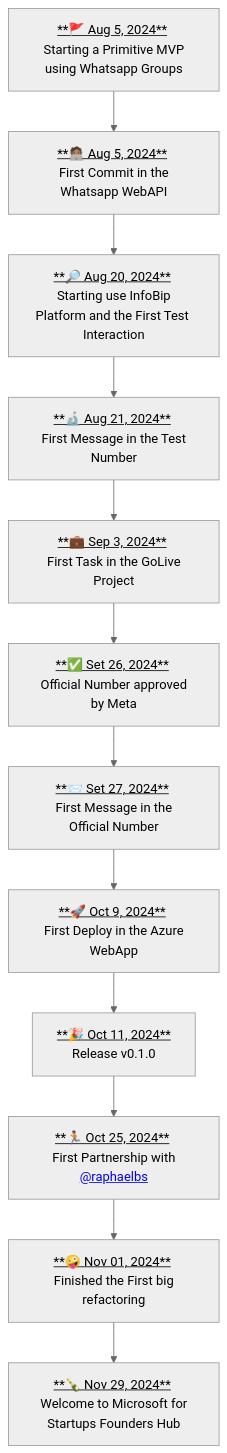
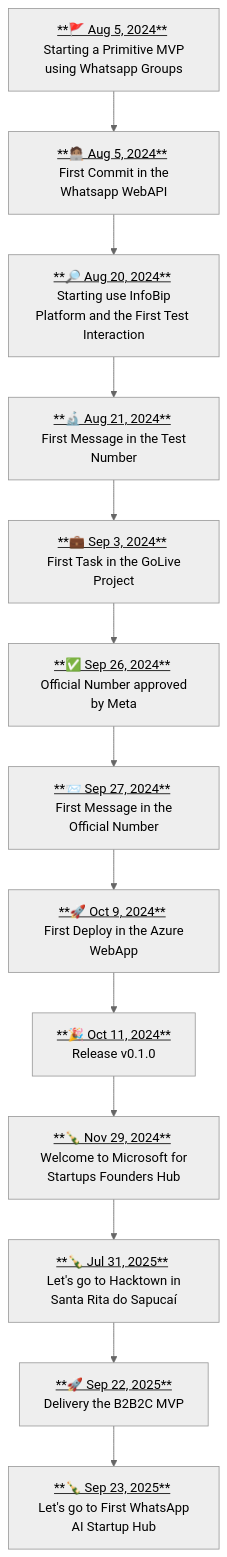
One commit to easy-financial/.github changed the diagram in profile/README.md. Above: the diagram before and after it, drawn with Mermaid (neutral theme). The commit also changed other lines of this file, not shown here.

````diff
--- a/profile/README.md
+++ b/profile/README.md
@@ -76,14 +77,15 @@
 ```mermaid
 graph TD
     A[<u>**🚩 Aug 5, 2024**</u> <br> Starting a Primitive MVP using Whatsapp Groups] --> B[<u>**🧑🏽‍💻 Aug 5, 2024**</u> <br> First Commit in the Whatsapp WebAPI]
     B --> C[<u>**🔎 Aug 20, 2024**</u> <br> Starting use InfoBip Platform and the First Test Interaction]
     C --> D[<u>**🔬 Aug 21, 2024**</u> <br> First Message in the Test Number]
     D --> E[<u>**💼 Sep 3, 2024**</u> <br> First Task in the GoLive Project]
-    E --> F[<u>**✅ Set 26, 2024**</u> <br> Official Number approved by Meta]
-    F --> G[<u>**📨 Set 27, 2024**</u> <br> First Message in the Official Number]
+    E --> F[<u>**✅ Sep 26, 2024**</u> <br> Official Number approved by Meta]
+    F --> G[<u>**📨 Sep 27, 2024**</u> <br> First Message in the Official Number]
     G --> H[<u>**🚀 Oct 9, 2024**</u> <br> First Deploy in the Azure WebApp]
     H --> I[<u>**🎉 Oct 11, 2024**</u> <br> Release v0.1.0]
-    I --> J[<u>**🏃🏽 Oct 25, 2024**</u> <br> First Partnership with <a href="https://github.com/raphaelbs">@raphaelbs</a> ]
-    J --> K[<u>**🤪 Nov 01, 2024**</u> <br> Finished the First big refactoring ]
-    K --> L[<u>**🍾 Nov 29, 2024**</u> <br> Welcome to Microsoft for Startups Founders Hub]
+    I --> J[<u>**🍾 Nov 29, 2024**</u> <br> Welcome to Microsoft for Startups Founders Hub]
+    J --> K[<u>**🍾 Jul 31, 2025**</u> <br> Let's go to Hacktown in Santa Rita do Sapucaí]
+    K --> L[<u>**🚀 Sep 22, 2025**</u> <br> Delivery the B2B2C MVP]
+    L --> M[<u>**🍾 Sep 23, 2025**</u> <br> Let's go to First WhatsApp AI Startup Hub]
 ```
````
